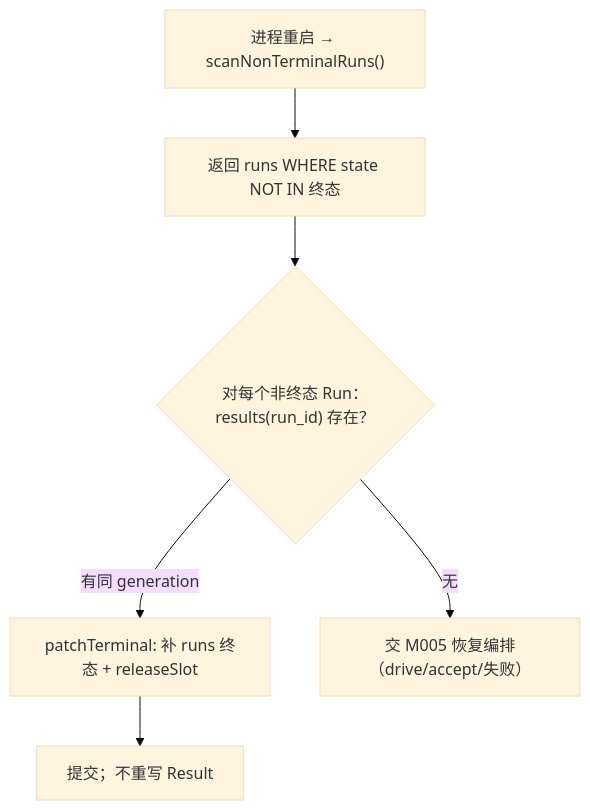
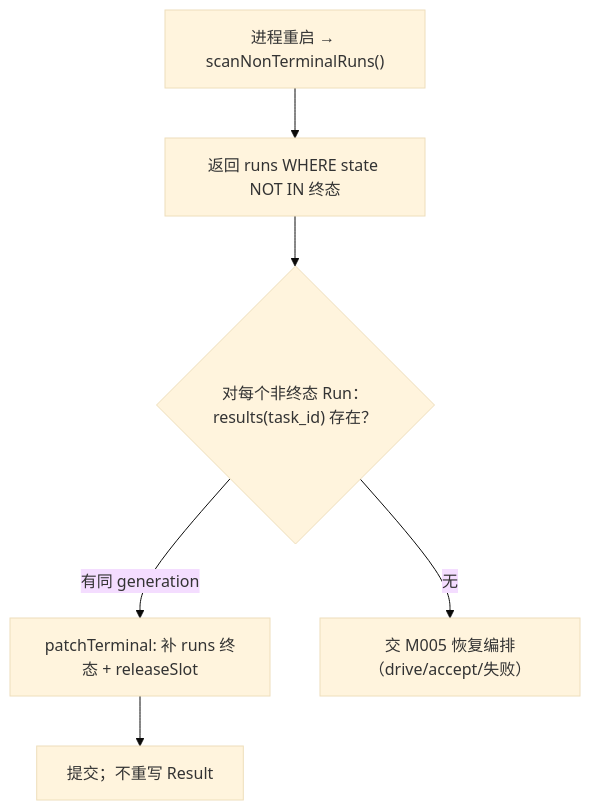
The seventh of 8 diagrams in docs/40_module_design/piko-task-repository-design.md (corezilla/piko), drawn with Mermaid (base theme) before and after one commit. The commit also changed other lines of this file and 86 other files, not shown here.

````diff
--- a/docs/40_module_design/piko-task-repository-design.md
+++ b/docs/40_module_design/piko-task-repository-design.md
@@ -939,8 +936,8 @@
 ```mermaid
 flowchart TD
     A["进程重启 → scanNonTerminalRuns()"] --> B["返回 runs WHERE state NOT IN 终态"]
-    B --> C{"对每个非终态 Run：results(run_id) 存在？"}
+    B --> C{"对每个非终态 Run：results(task_id) 存在？"}
     C -->|有同 generation| D["patchTerminal: 补 runs 终态 + releaseSlot"]
     C -->|无| E["交 M005 恢复编排（drive/accept/失败）"]
     D --> F["提交；不重写 Result"]
 ```
````
